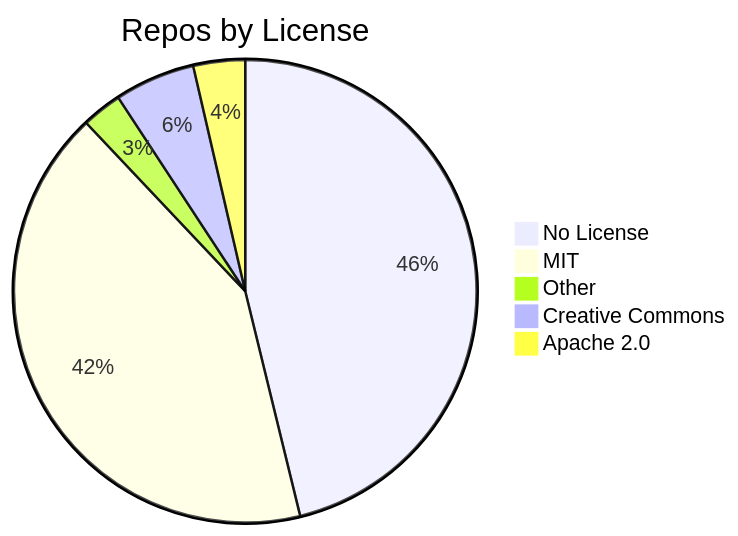
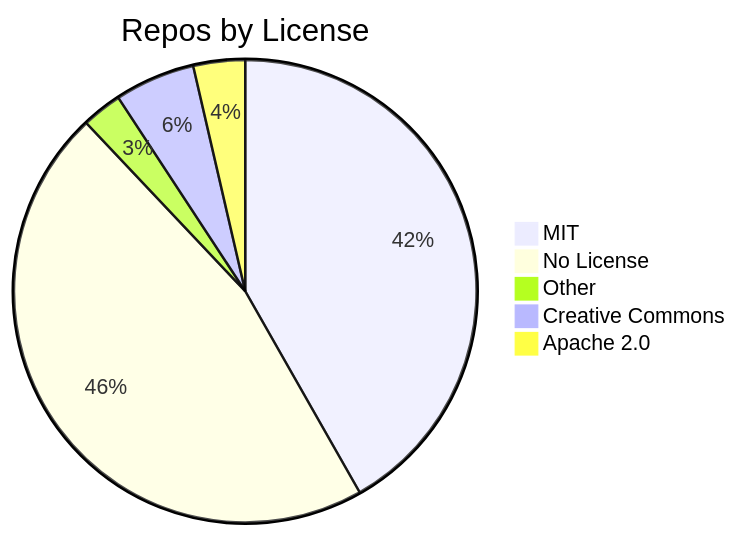
The diagram in README.md (jpatterson933/awesome-mcp-server-repo-index), drawn with Mermaid before and after one commit. The commit also changed other lines of this file and 3 other files, not shown here.

````diff
--- a/README.md
+++ b/README.md
@@ -29,8 +29,8 @@
 ```mermaid
 pie title Repos by License
+    "MIT" : 104
     "No License" : 115
-    "MIT" : 104
     "Other" : 7
     "Creative Commons" : 14
     "Apache 2.0" : 9
 ```
````
